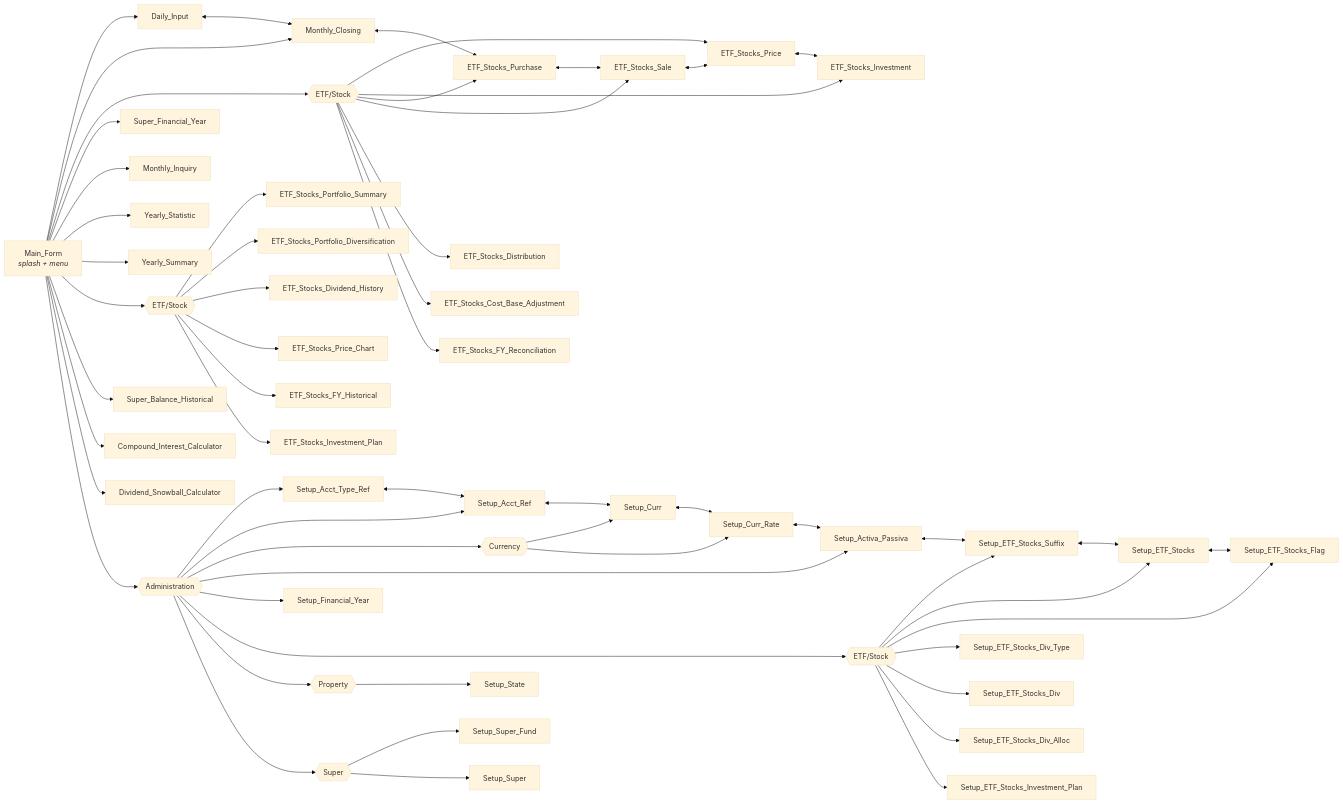
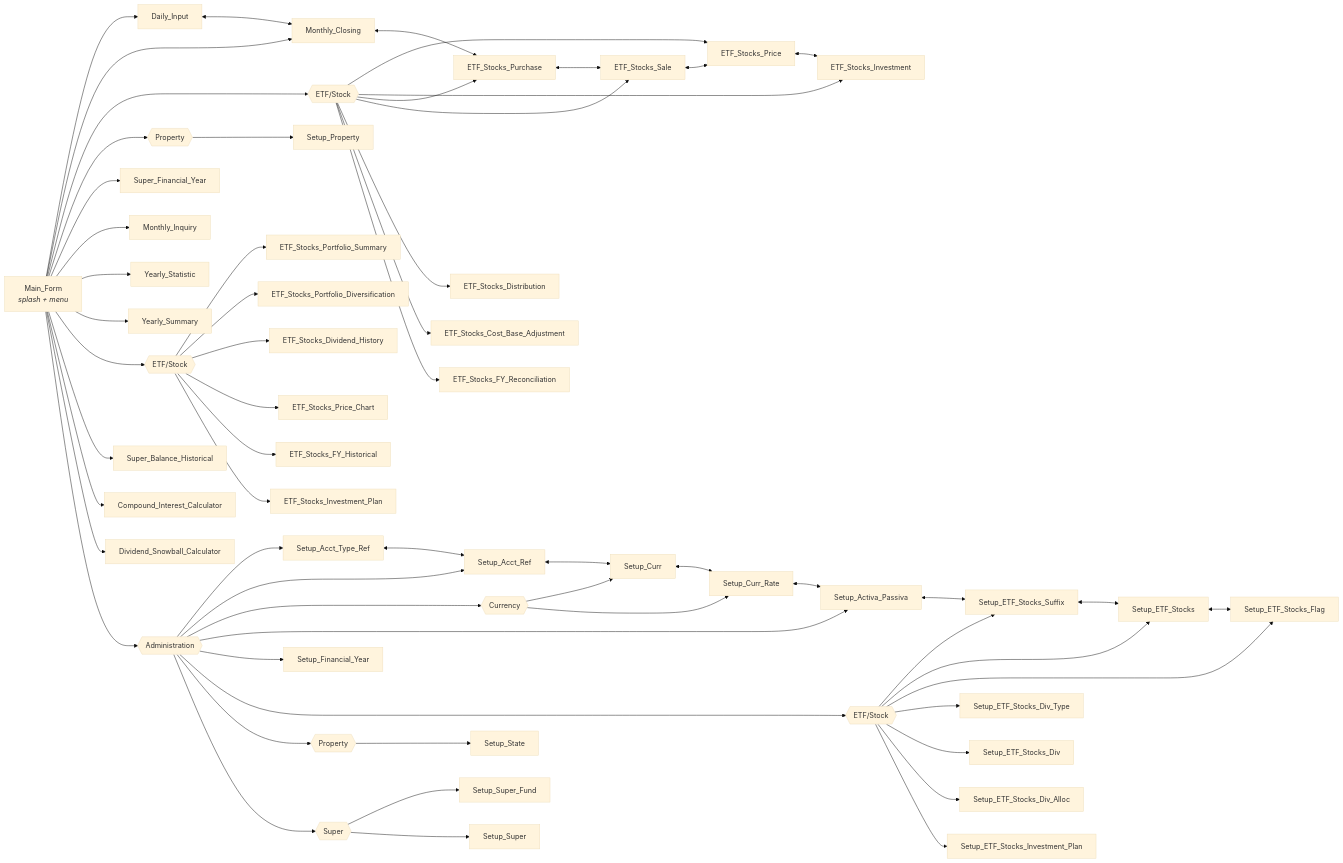
The second of 3 diagrams in README.md (oscar-rijadi/FinancialBalance), drawn with Mermaid (base theme) before and after one commit. The commit also changed other lines of this file and 59 other files, not shown here.

Commit message:
Implement Setup Property

````diff
--- a/README.md
+++ b/README.md
@@ -108,65 +109,67 @@
 ```mermaid
 flowchart LR
     MAIN["Main_Form<br/><i>splash + menu</i>"]
 
     MAIN --> DI["Daily_Input"]
     MAIN --> MC["Monthly_Closing"]
     MAIN --> PETFG{{"ETF/Stock"}}
     PETFG --> ETP["ETF_Stocks_Price"]
     PETFG --> ETI["ETF_Stocks_Investment"]
     PETFG --> ETB["ETF_Stocks_Purchase"]
     PETFG --> ETS["ETF_Stocks_Sale"]
     PETFG --> ETD["ETF_Stocks_Distribution"]
     PETFG --> ECB["ETF_Stocks_Cost_Base_Adjustment"]
     PETFG --> ETR["ETF_Stocks_FY_Reconciliation"]
+    MAIN --> PPROPG{{"Property"}}
+    PPROPG --> SPROP["Setup_Property"]
     MAIN --> SFYP["Super_Financial_Year"]
     MAIN --> MI["Monthly_Inquiry"]
     MAIN --> YT["Yearly_Statistic"]
     MAIN --> YS["Yearly_Summary"]
     MAIN --> PORTG{{"ETF/Stock"}}
     PORTG --> PSUM["ETF_Stocks_Portfolio_Summary"]
     PORTG --> PDIV["ETF_Stocks_Portfolio_Diversification"]
     PORTG --> PDVH["ETF_Stocks_Dividend_History"]
     PORTG --> PPCH["ETF_Stocks_Price_Chart"]
     PORTG --> PFYH["ETF_Stocks_FY_Historical"]
     PORTG --> PIVP["ETF_Stocks_Investment_Plan"]
     MAIN --> SBH["Super_Balance_Historical"]
     MAIN --> CIC["Compound_Interest_Calculator"]
     MAIN --> DSC["Dividend_Snowball_Calculator"]
 
     MAIN --> ADMIN{{"Administration"}}
     ADMIN --> SATR["Setup_Acct_Type_Ref"]
     ADMIN --> SAR["Setup_Acct_Ref"]
     ADMIN --> CURG{{"Currency"}}
     CURG --> SC["Setup_Curr"]
     CURG --> SCR["Setup_Curr_Rate"]
     ADMIN --> SAP["Setup_Activa_Passiva"]
     ADMIN --> SFY["Setup_Financial_Year"]
     ADMIN --> ETFG{{"ETF/Stock"}}
     ETFG --> SES["Setup_ETF_Stocks_Suffix"]
     ETFG --> SET["Setup_ETF_Stocks"]
     ETFG --> SEF["Setup_ETF_Stocks_Flag"]
     ETFG --> SDT["Setup_ETF_Stocks_Div_Type"]
     ETFG --> SDV["Setup_ETF_Stocks_Div"]
     ETFG --> SDA["Setup_ETF_Stocks_Div_Alloc"]
     ETFG --> SIP["Setup_ETF_Stocks_Investment_Plan"]
     ADMIN --> PROPG{{"Property"}}
     PROPG --> SST["Setup_State"]
     ADMIN --> SUPG{{"Super"}}
     SUPG --> SSF["Setup_Super_Fund"]
     SUPG --> SSU["Setup_Super"]
 
     DI <--> MC
     MC <--> ETB
     ETB <--> ETS
     ETS <--> ETP
     ETP <--> ETI
 
     SATR <--> SAR
     SAR <--> SC
     SC <--> SCR
     SCR <--> SAP
     SAP <--> SES
     SES <--> SET
     SET <--> SEF
 ```
````
